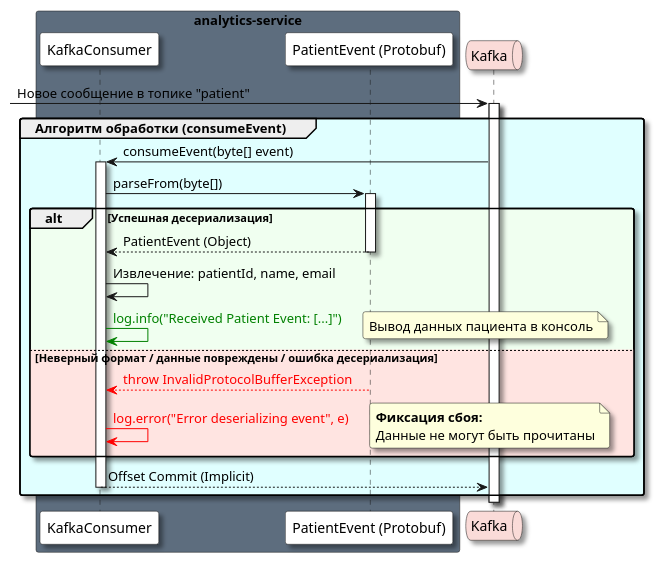
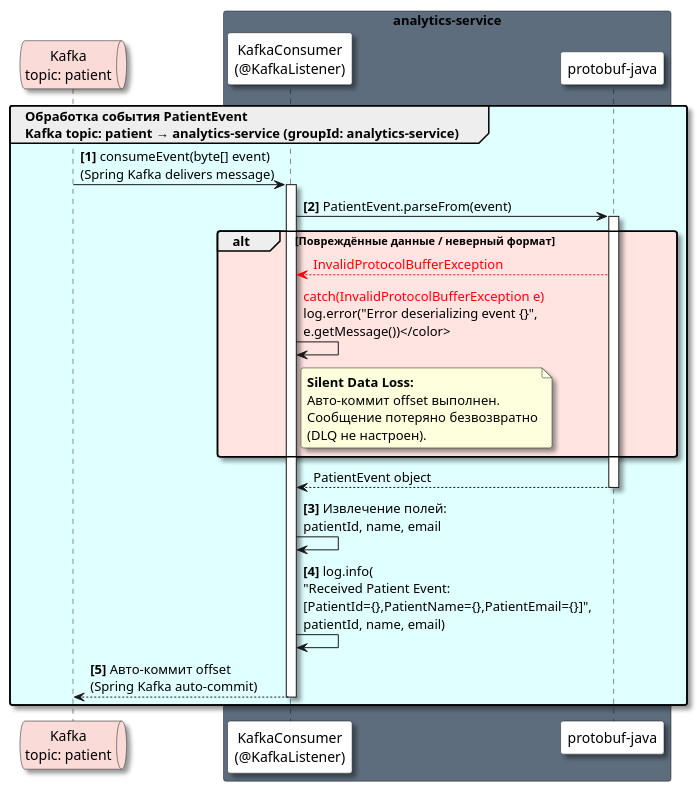
One commit to ni1a207/Healthcare-System changed the diagram in Docs/As-is/Diagrams/PatientEventConsumer.puml. Above: the diagram before and after it, drawn with PlantUML. The commit also changed 6 other files, not shown here.

```diff
--- a/Docs/As-is/Diagrams/PatientEventConsumer.puml
+++ b/Docs/As-is/Diagrams/PatientEventConsumer.puml
@@ -1,46 +1,35 @@
 @startuml
 skinparam Shadowing true
 skinparam RoundCorner 5
 skinparam MaxMessageSize 250
 
-box "analytics-service"  #5D6D7E
-    participant "KafkaConsumer" as Consumer #White
-    participant "PatientEvent (Protobuf)" as Proto #White
+queue "Kafka\ntopic: patient" as KF #FADBD8
+
+box "analytics-service" #5D6D7E
+    participant "KafkaConsumer\n(@KafkaListener)" as Consumer #White
+    participant "protobuf-java" as Proto #White
 end box
 
-queue "Kafka" as KF #FADBD8
+group #LightCyan Обработка события PatientEvent\nKafka topic: patient → analytics-service (groupId: analytics-service)
 
-[-> KF : Новое сообщение в топике "patient"
-activate KF
+    KF -> Consumer ++: **[1]** consumeEvent(byte[] event)\n(Spring Kafka delivers message)
 
-group #LightCyan Алгоритм обработки (consumeEvent)
-    KF -> Consumer : consumeEvent(byte[] event)
-    activate Consumer
+    Consumer -> Proto ++: **[2]** PatientEvent.parseFrom(event)
 
-    Consumer -> Proto : parseFrom(byte[])
-    activate Proto
+    alt #MistyRose Повреждённые данные / неверный формат
+        Proto --[#red]> Consumer: <color:#red>InvalidProtocolBufferException</color>
 
-    alt #HoneyDew Успешная десериализация
-        Proto --> Consumer : PatientEvent (Object)
-        deactivate Proto
+        Consumer -> Consumer: <color:#red>catch(InvalidProtocolBufferException e)\nlog.error("Error deserializing event {}", e.getMessage())</color>
+        note right of Consumer: **Silent Data Loss:**\nАвто-коммит offset выполнен.\nСообщение потеряно безвозвратно\n(DLQ не настроен).
+    end
 
-        Consumer -> Consumer : Извлечение: patientId, name, email
+    Proto --> Consumer --: PatientEvent object
 
-        Consumer -[#green]> Consumer : <color:#green>log.info("Received Patient Event: [...]")</color>
-        note right: Вывод данных пациента в консоль
+    Consumer -> Consumer: **[3]** Извлечение полей:\npatientId, name, email
 
-    else #MistyRose Неверный формат / данные повреждены / ошибка десериализация
-        Proto --[#red]> Consumer : <color:#red>throw InvalidProtocolBufferException</color>
-        deactivate Proto
+    Consumer -> Consumer: **[4]** log.info(\n"Received Patient Event:\n[PatientId={},PatientName={},PatientEmail={}]",\npatientId, name, email)
 
-        Consumer -[#red]> Consumer : <color:#red>log.error("Error deserializing event", e)</color>
-        note right: **Фиксация сбоя:**\nДанные не могут быть прочитаны
-    end
-KF <-- Consumer : Offset Commit (Implicit)
+    Consumer --> KF --: **[5]** Авто-коммит offset\n(Spring Kafka auto-commit)
 
-    deactivate Consumer
 end
-
-deactivate KF
-
 @enduml
```
